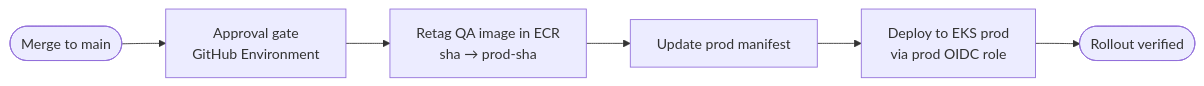
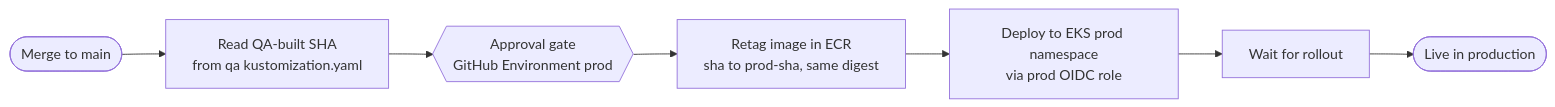
The sixth of 8 diagrams in README.md (meetbrij/prod-grade-e2e-devsecops-pipeline), drawn with Mermaid before and after one commit. The commit also changed other lines of this file and 2 other files, not shown here.

Commit message:
Rewrite prod workflow as approval-gated promote-and-deploy

````diff
--- a/README.md
+++ b/README.md
@@ -236,8 +238,9 @@
 ```mermaid
 flowchart LR
-    A([Merge to main]) --> B[Approval gate<br/>GitHub Environment]
-    B --> C[Retag QA image in ECR<br/>sha → prod-sha]
-    C --> E[Update prod manifest]
-    E --> F[Deploy to EKS prod<br/>via prod OIDC role]
-    F --> G([Rollout verified])
+    A([Merge to main]) --> B[Read QA-built SHA<br/>from qa kustomization.yaml]
+    B --> C{{Approval gate<br/>GitHub Environment prod}}
+    C --> D[Retag image in ECR<br/>sha to prod-sha, same digest]
+    D --> E[Deploy to EKS prod namespace<br/>via prod OIDC role]
+    E --> F[Wait for rollout]
+    F --> G([Live in production])
 ```
````
